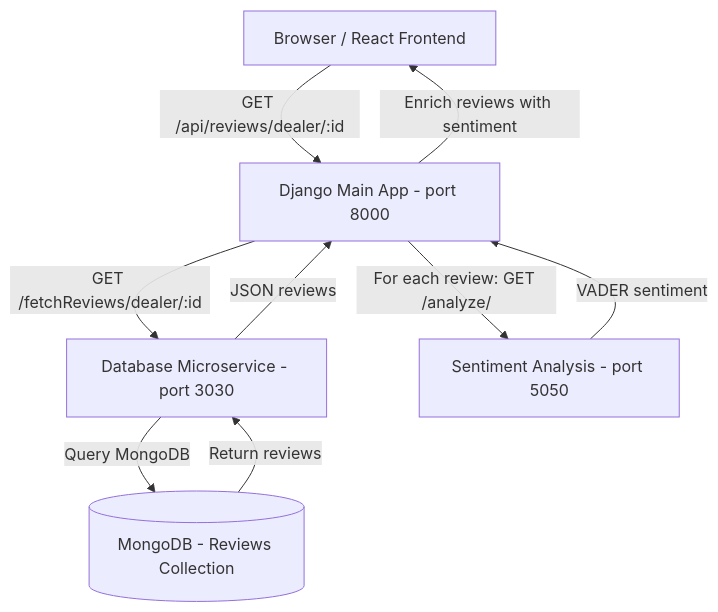
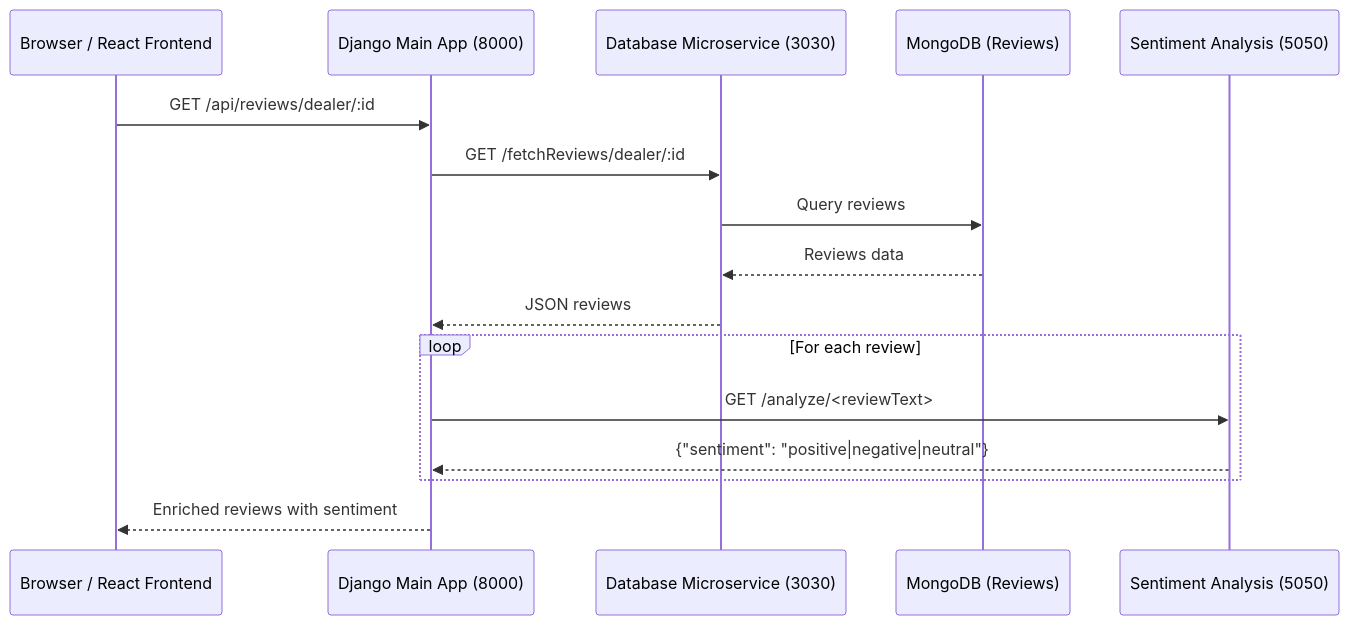
The first of 2 diagrams in README.md (jvvppereira/xrwvm-fullstack_developer_capstone), drawn with Mermaid before and after one commit. The commit also changed other lines of this file, not shown here.

Commit message:
Update architecture flow diagrams to sequence diagrams for dealer reviews and car inventory

````diff
--- a/README.md
+++ b/README.md
@@ -80,11 +80,19 @@
 ```mermaid
-flowchart TD
-    A["Browser / React Frontend"] -->|GET /api/reviews/dealer/:id| B["Django Main App - port 8000"]
-    B -->|GET /fetchReviews/dealer/:id| C["Database Microservice - port 3030"]
-    C -->|Query MongoDB| D[("MongoDB - Reviews Collection")]
-    D -->|Return reviews| C
-    C -->|JSON reviews| B
-    B -->|For each review: GET /analyze/<text>| E["Sentiment Analysis - port 5050"]
-    E -->|VADER sentiment| B
-    B -->|Enrich reviews with sentiment| A
+sequenceDiagram
+    participant FE as Browser / React Frontend
+    participant DJ as Django Main App (8000)
+    participant DB as Database Microservice (3030)
+    participant MDB as MongoDB (Reviews)
+    participant SA as Sentiment Analysis (5050)
+
+    FE->>DJ: GET /api/reviews/dealer/:id
+    DJ->>DB: GET /fetchReviews/dealer/:id
+    DB->>MDB: Query reviews
+    MDB-->>DB: Reviews data
+    DB-->>DJ: JSON reviews
+    loop For each review
+        DJ->>SA: GET /analyze/<reviewText>
+        SA-->>DJ: {"sentiment": "positive|negative|neutral"}
+    end
+    DJ-->>FE: Enriched reviews with sentiment
 ```
````
